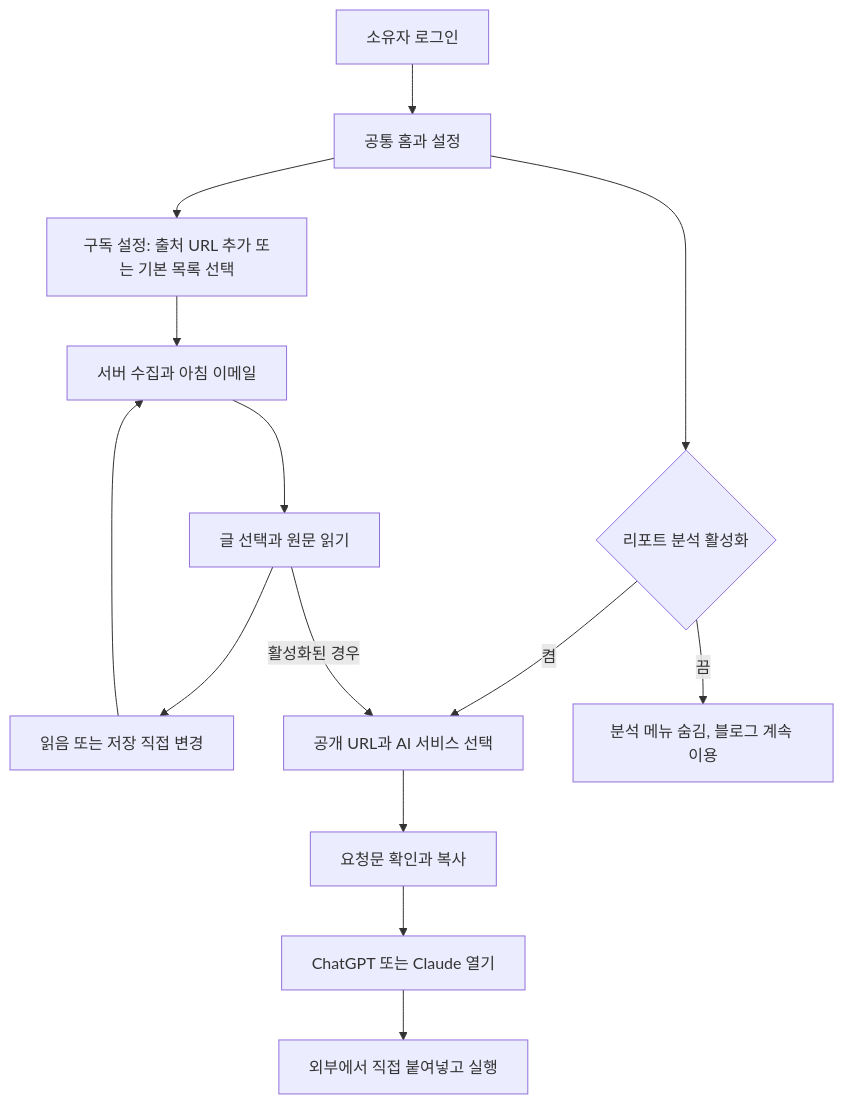
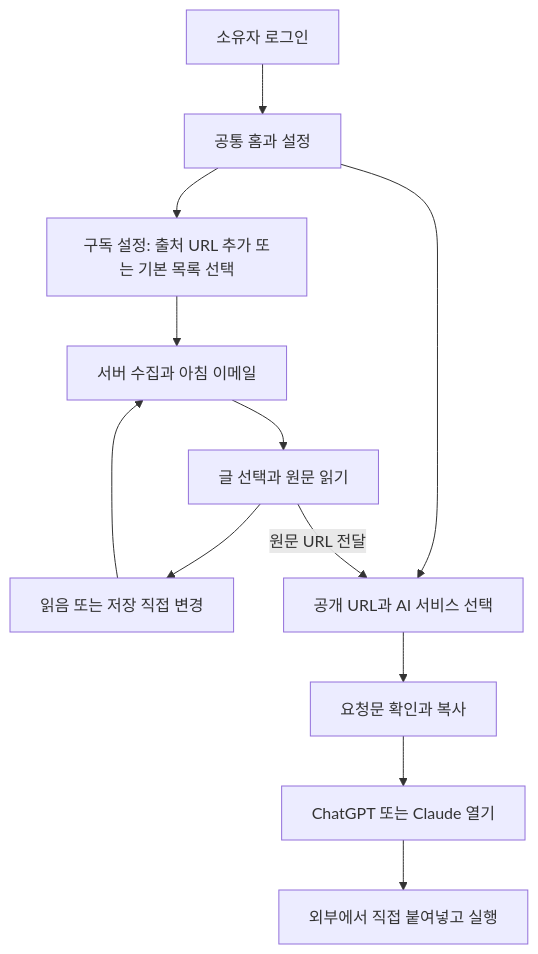
Before and after one commit to miji0/levelup-vibe: the first of 3 diagrams in waterfall/00-기획/서비스기획서.md, drawn with Mermaid. The commit also changed other lines of this file and 22 other files, not shown here.

````diff
--- a/waterfall/00-기획/서비스기획서.md
+++ b/waterfall/00-기획/서비스기획서.md
@@ -115,16 +125,14 @@
 ```mermaid
 flowchart TD
     A["소유자 로그인"] --> B["공통 홈과 설정"]
     B --> C["구독 설정: 출처 URL 추가 또는 기본 목록 선택"]
     C --> D["서버 수집과 아침 이메일"]
     D --> E["글 선택과 원문 읽기"]
     E --> F["읽음 또는 저장 직접 변경"]
     F --> D
-    B --> G{"리포트 분석 활성화"}
-    G -->|켬| H["공개 URL과 AI 서비스 선택"]
-    E -->|활성화된 경우| H
+    B --> H["공개 URL과 AI 서비스 선택"]
+    E -->|원문 URL 전달| H
     H --> I["요청문 확인과 복사"]
     I --> J["ChatGPT 또는 Claude 열기"]
     J --> K["외부에서 직접 붙여넣고 실행"]
-    G -->|끔| L["분석 메뉴 숨김, 블로그 계속 이용"]
 ```
````
